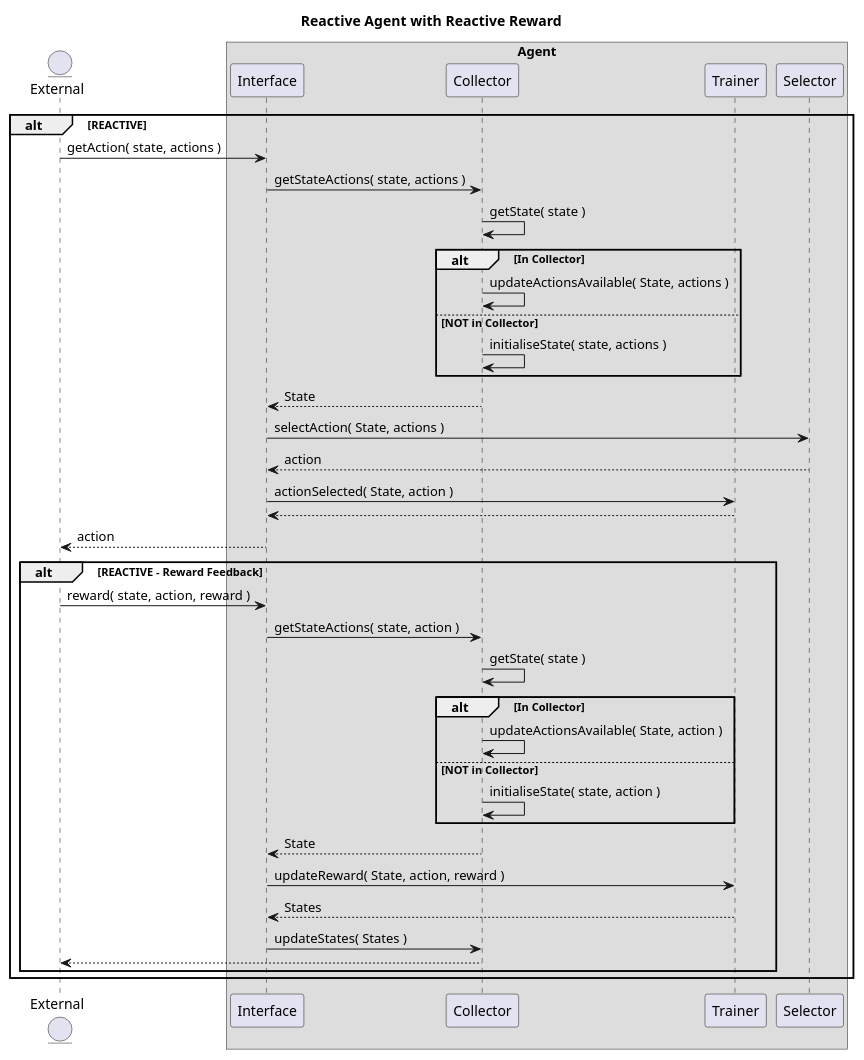
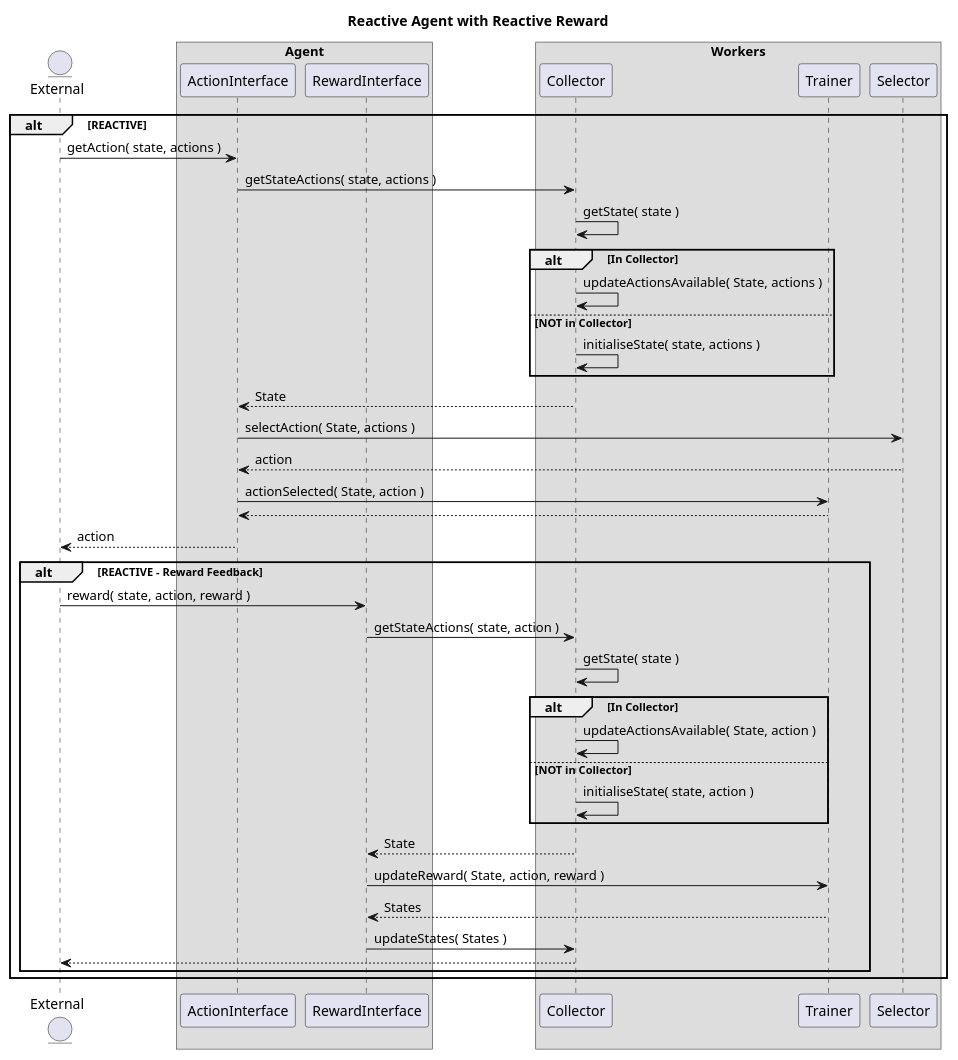
Before and after one commit to vhorta73/RL-Perl: the diagram in Uml/SequenceDiagram/Agent RR.plantuml, drawn with PlantUML. The commit also changed 3 other files, not shown here.

First line of the commit message:
Extending Sequence Diagrams

```diff
--- a/Uml/SequenceDiagram/Agent RR.plantuml
+++ b/Uml/SequenceDiagram/Agent RR.plantuml
@@ -1,50 +1,55 @@
 @startuml
 
 title Reactive Agent with Reactive Reward
 
 entity External
+
 box "Agent"
-  participant Interface 
+  participant ActionInterface 
+  participant RewardInterface 
+end box
+
+box "Workers"
   participant Collector
   participant Trainer
   participant Selector 
 end box
 
 alt REACTIVE
-  External    -> Interface : getAction( state, actions )
-  Interface   -> Collector : getStateActions( state, actions )
+  External    -> ActionInterface : getAction( state, actions )
+  ActionInterface   -> Collector : getStateActions( state, actions )
   Collector   -> Collector : getState( state )
 
   alt In Collector
     Collector   -> Collector : updateActionsAvailable( State, actions )
   else NOT in Collector
     Collector   -> Collector : initialiseState( state, actions )
   end
 
-  Interface    <-- Collector : State
-  Interface     -> Selector  : selectAction( State, actions )
-  Interface    <-- Selector  : action
-  Interface     -> Trainer   : actionSelected( State, action )
-  Interface    <-- Trainer
-  External     <-- Interface : action
+  ActionInterface    <-- Collector : State
+  ActionInterface     -> Selector  : selectAction( State, actions )
+  ActionInterface    <-- Selector  : action
+  ActionInterface     -> Trainer   : actionSelected( State, action )
+  ActionInterface    <-- Trainer
+  External     <-- ActionInterface : action
 
   alt REACTIVE - Reward Feedback
-    External    -> Interface : reward( state, action, reward )
-    Interface   -> Collector : getStateActions( state, action )
+    External    -> RewardInterface : reward( state, action, reward )
+    RewardInterface   -> Collector : getStateActions( state, action )
     Collector   -> Collector : getState( state )
 
     alt In Collector
       Collector   -> Collector : updateActionsAvailable( State, action )
     else NOT in Collector
       Collector   -> Collector : initialiseState( state, action )
     end
 
-    Interface    <-- Collector : State
-    Interface     -> Trainer   : updateReward( State, action, reward )
-    Interface    <-- Trainer   : States
-    Interface    ->  Collector : updateStates( States )
+    RewardInterface    <-- Collector : State
+    RewardInterface     -> Trainer   : updateReward( State, action, reward )
+    RewardInterface    <-- Trainer   : States
+    RewardInterface    ->  Collector : updateStates( States )
     External     <-- Collector
   end 
 end
 
 @enduml
```
